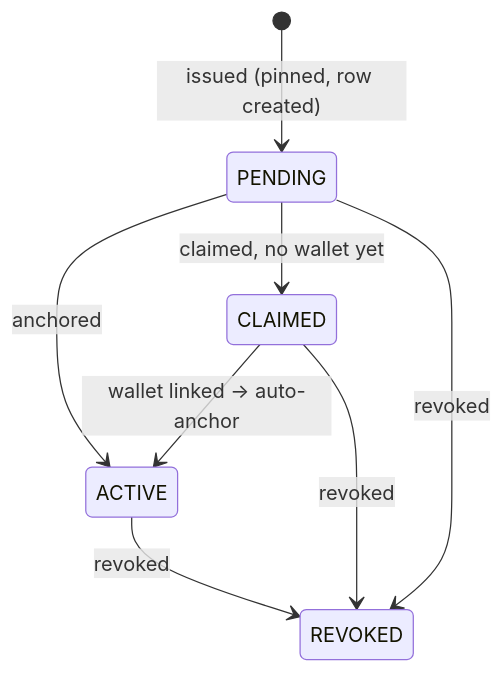
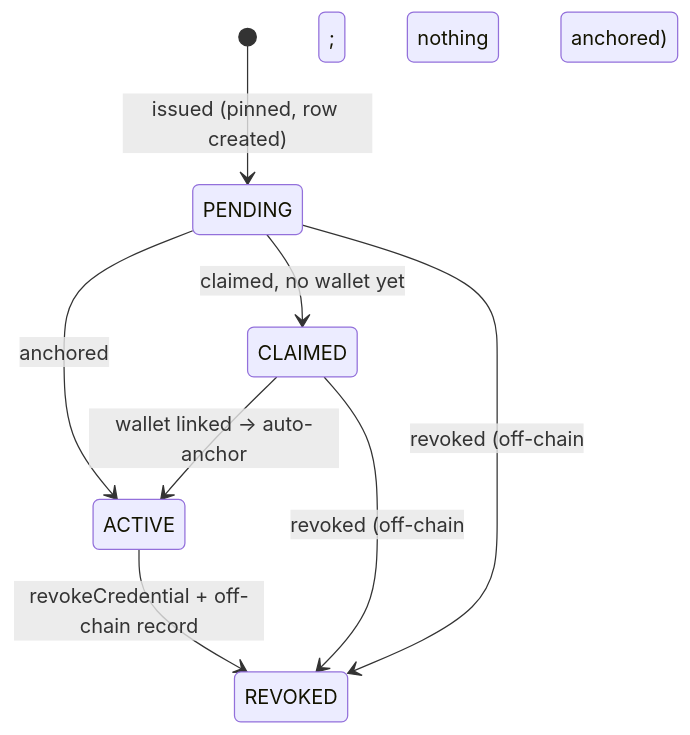
Before and after one commit to notedwin-dev/vericred: the sixth of 6 diagrams in docs/design.md, drawn with Mermaid. The commit also changed other lines of this file and 49 other files, not shown here.

````diff
--- a/docs/design.md
+++ b/docs/design.md
@@ -467,10 +481,10 @@
 ```mermaid
 stateDiagram-v2
     [*] --> PENDING: issued (pinned, row created)
     PENDING --> ACTIVE: anchored
     PENDING --> CLAIMED: claimed, no wallet yet
     CLAIMED --> ACTIVE: wallet linked → auto-anchor
-    PENDING --> REVOKED: revoked
-    CLAIMED --> REVOKED: revoked
-    ACTIVE --> REVOKED: revoked
+    PENDING --> REVOKED: revoked (off-chain; nothing anchored)
+    CLAIMED --> REVOKED: revoked (off-chain; nothing anchored)
+    ACTIVE --> REVOKED: revokeCredential + off-chain record
 ```
````
